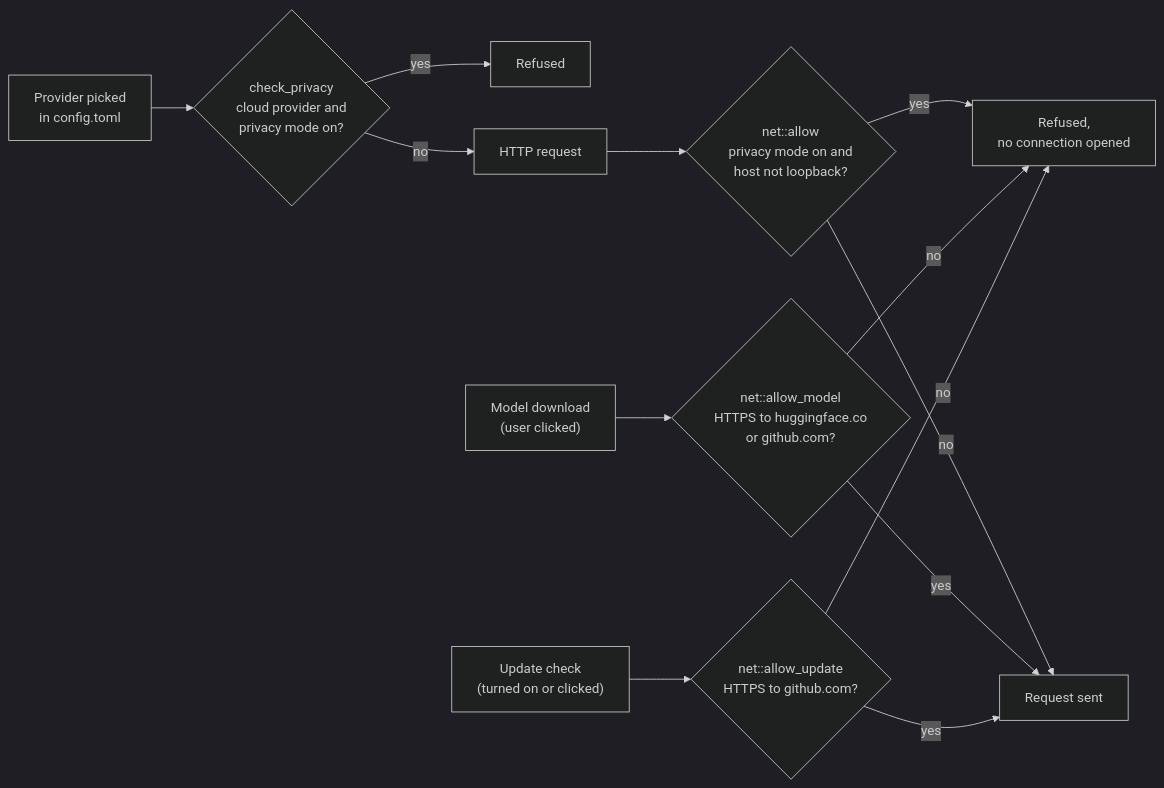
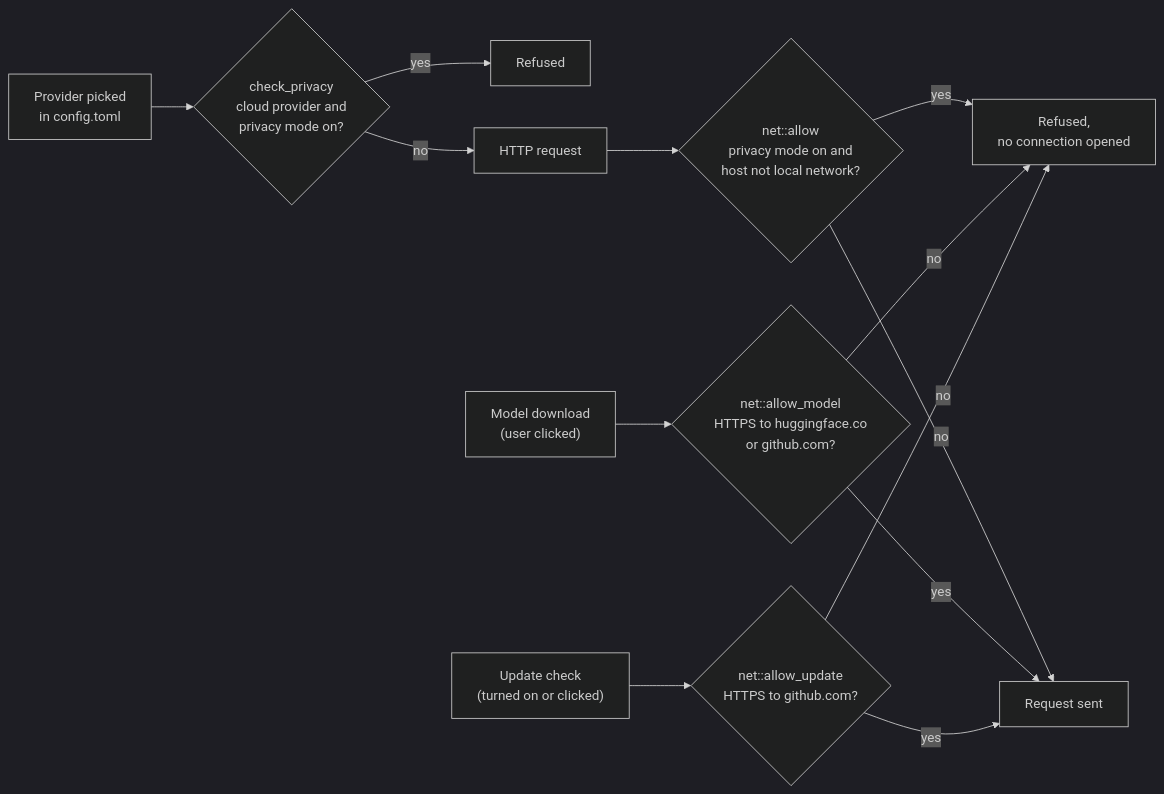
The third of 3 diagrams in docs/architecture.md (aryan-curiel/mirona), drawn with Mermaid (dark theme) before and after one commit. The commit also changed other lines of this file and 16 other files, not shown here.

````diff
--- a/docs/architecture.md
+++ b/docs/architecture.md
@@ -125,15 +125,15 @@
 ```mermaid
 flowchart LR
     PICK["Provider picked<br/>in config.toml"] --> CP{"check_privacy<br/>cloud provider and<br/>privacy mode on?"}
     CP -- yes --> REFUSE1["Refused"]
     CP -- no --> REQ["HTTP request"]
-    REQ --> NA{"net::allow<br/>privacy mode on and<br/>host not loopback?"}
+    REQ --> NA{"net::allow<br/>privacy mode on and<br/>host not local network?"}
     NA -- yes --> REFUSE2["Refused,<br/>no connection opened"]
     NA -- no --> OUT["Request sent"]
     DL["Model download<br/>(user clicked)"] --> AM{"net::allow_model<br/>HTTPS to huggingface.co<br/>or github.com?"}
     AM -- yes --> OUT
     AM -- no --> REFUSE2
     UP["Update check<br/>(turned on or clicked)"] --> AU{"net::allow_update<br/>HTTPS to github.com?"}
     AU -- yes --> OUT
     AU -- no --> REFUSE2
 ```
````
